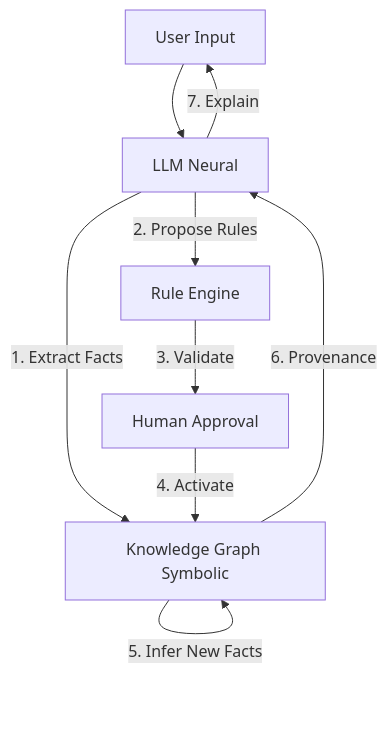
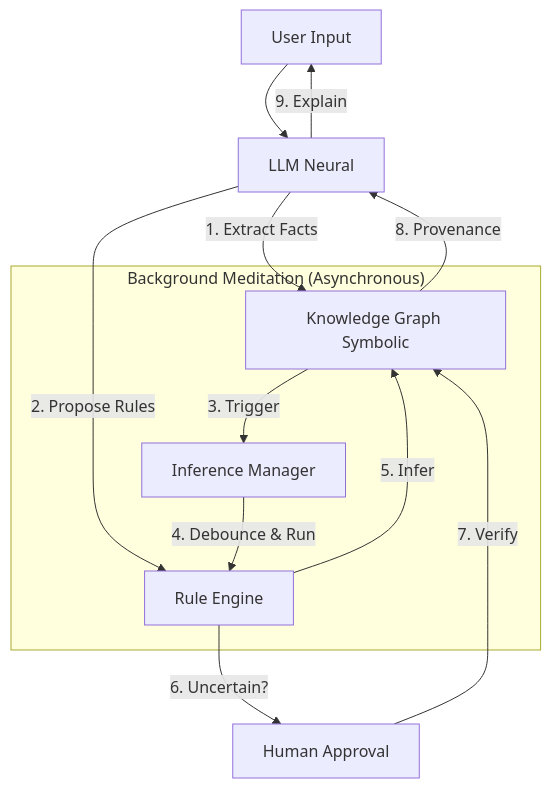
The diagram in docs/neuro-symbolic.md (MauriceIsrael/SmartMemory), drawn with Mermaid before and after one commit. The commit also changed other lines of this file and 38 other files, not shown here.

Commit message:
feat: implement asynchronous inference engine with core RDF rules and enhanced memory management tools

````diff
--- a/docs/neuro-symbolic.md
+++ b/docs/neuro-symbolic.md
@@ -14,11 +14,17 @@
 ```mermaid
 graph TD
     User[User Input] --> LLM[LLM Neural]
     LLM -->|1. Extract Facts| KG[Knowledge Graph Symbolic]
     LLM -->|2. Propose Rules| RuleEngine[Rule Engine]
-    RuleEngine -->|3. Validate| Human[Human Approval]
-    Human -->|4. Activate| KG
-    KG -->|5. Infer New Facts| KG
-    KG -->|6. Provenance| LLM
-    LLM -->|7. Explain| User
+    
+    subgraph "Background Meditation (Asynchronous)"
+        KG -->|3. Trigger| IM[Inference Manager]
+        IM -->|4. Debounce & Run| RuleEngine
+        RuleEngine -->|5. Infer| KG
+    end
+    
+    RuleEngine -->|6. Uncertain?| Human[Human Approval]
+    Human -->|7. Verify| KG
+    KG -->|8. Provenance| LLM
+    LLM -->|9. Explain| User
 ```
````
